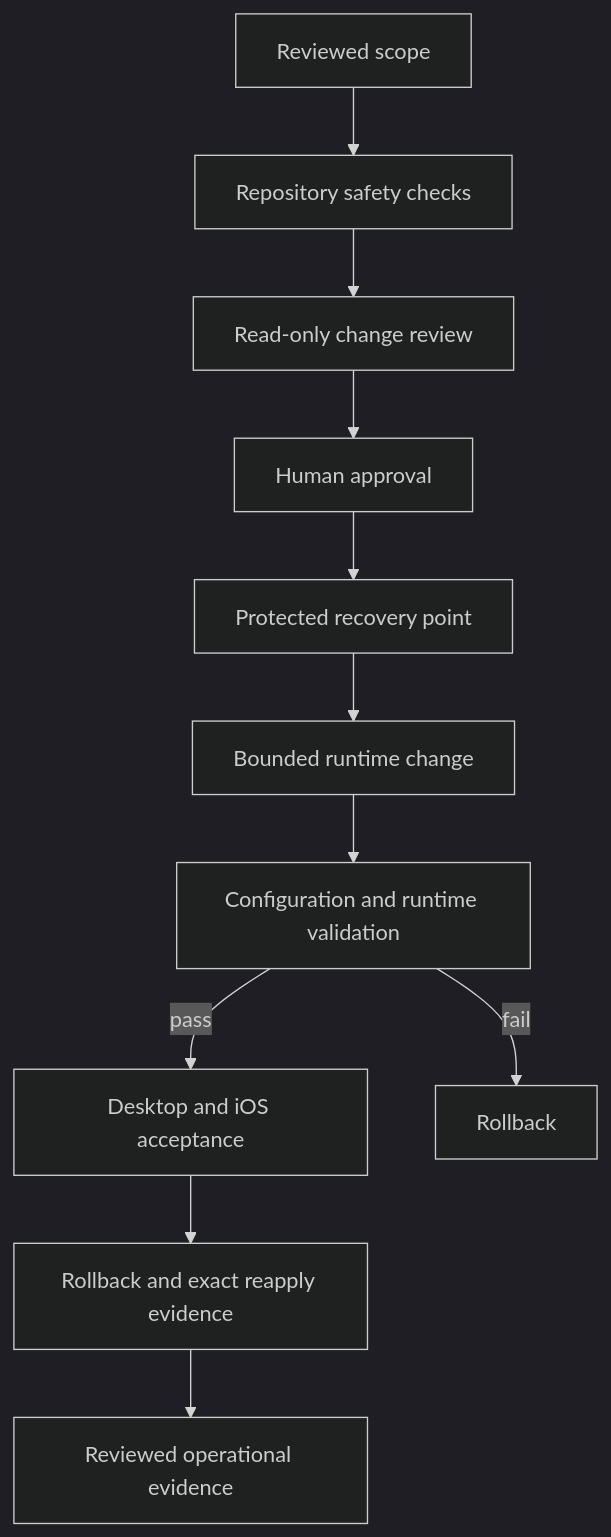
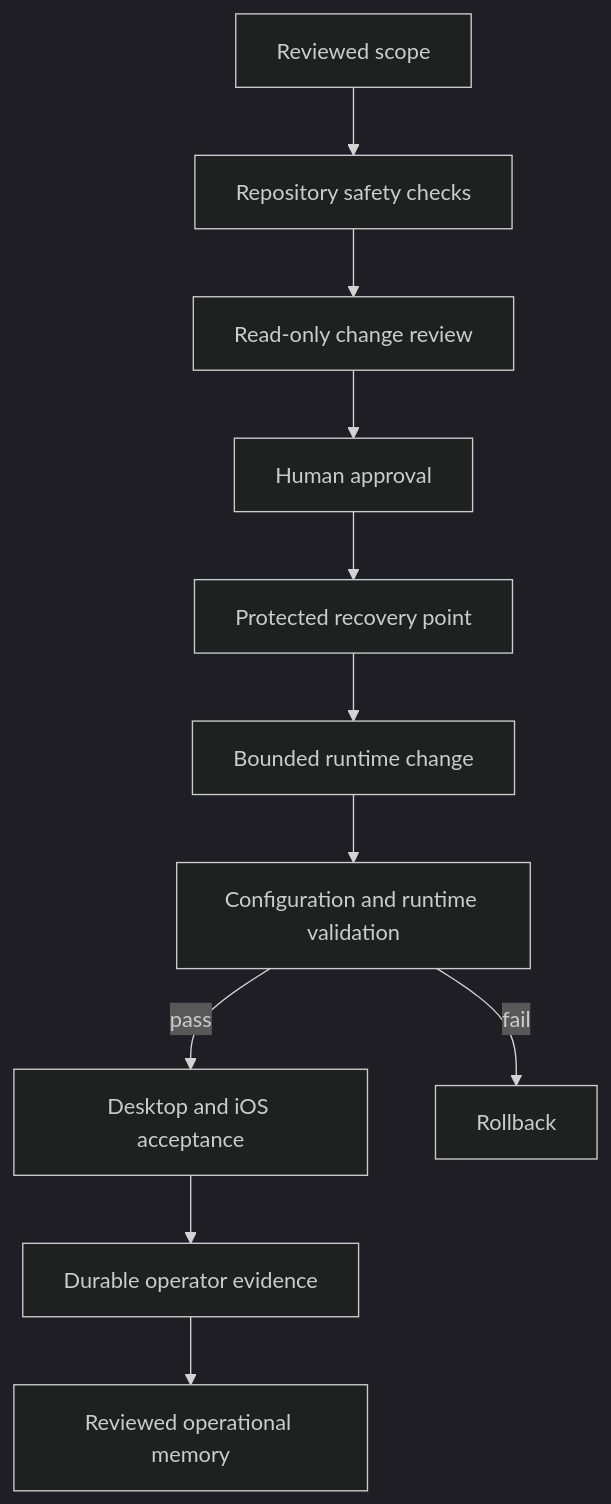
Before and after one commit to Charles-drZ/raspberry-home-showcase: the diagram in README.md, drawn with Mermaid (dark theme). The commit also changed other lines of this file and 2 other files, not shown here.

First line of the commit message:
docs: publish Graphite production visuals (#13)

````diff
--- a/README.md
+++ b/README.md
@@ -55,13 +66,13 @@
 ```mermaid
 flowchart TD
     SCOPE[Reviewed scope] --> CHECKS[Repository safety checks]
     CHECKS --> PLAN[Read-only change review]
     PLAN --> APPROVAL[Human approval]
     APPROVAL --> BACKUP[Protected recovery point]
     BACKUP --> CHANGE[Bounded runtime change]
     CHANGE --> VALIDATE[Configuration and runtime validation]
     VALIDATE -->|pass| ACCEPT[Desktop and iOS acceptance]
     VALIDATE -->|fail| RECOVER[Rollback]
-    ACCEPT --> REAPPLY[Rollback and exact reapply evidence]
-    REAPPLY --> MEMORY[Reviewed operational evidence]
+    ACCEPT --> EVIDENCE[Durable operator evidence]
+    EVIDENCE --> MEMORY[Reviewed operational memory]
 ```
````
